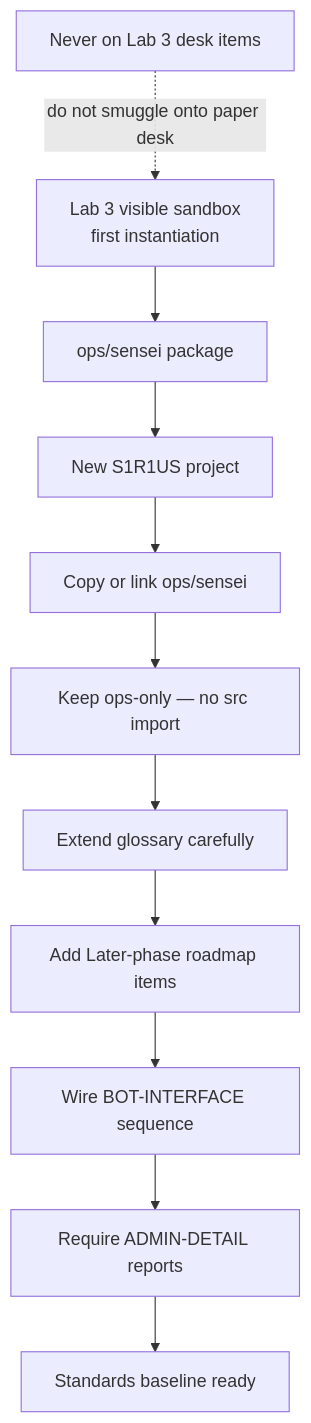
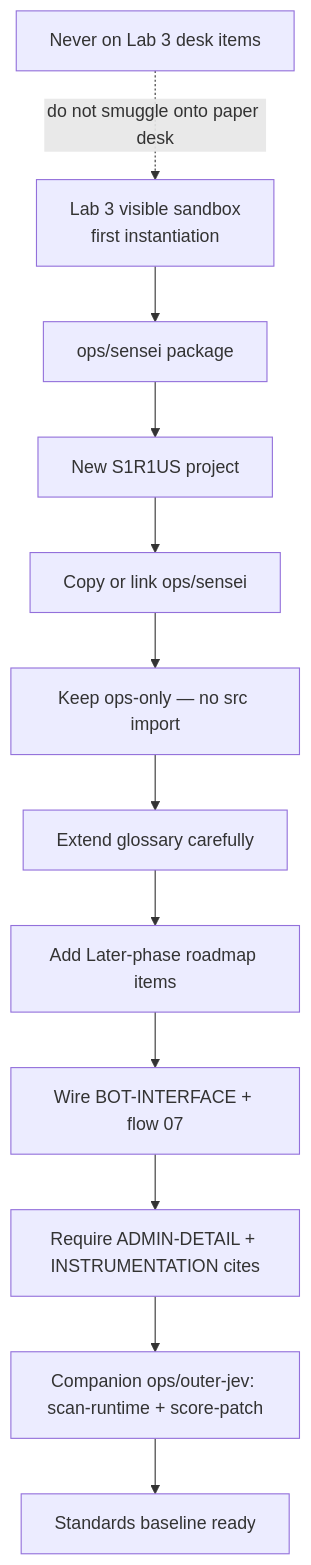
The first of 3 diagrams in ops/sensei/flows/05-sensei-app-baseline.md (S1R1US-AI/lab3-visible-sandbox), drawn with Mermaid before and after one commit. The commit also changed other lines of this file and 16 other files, not shown here.

First line of the commit message:
docs(sensei): Lab 3 bot workflow diagrams, ROADMAP, search schema, instrumentation (#11)

````diff
--- a/ops/sensei/flows/05-sensei-app-baseline.md
+++ b/ops/sensei/flows/05-sensei-app-baseline.md
@@ -5,14 +5,15 @@
 ```mermaid
 flowchart TB
   L3[Lab 3 visible sandbox<br/>first instantiation] --> PKG[ops/sensei package]
   PKG --> NEW[New S1R1US project]
   NEW --> C1[Copy or link ops/sensei]
   C1 --> C2[Keep ops-only — no src import]
   C2 --> C3[Extend glossary carefully]
   C3 --> C4[Add Later-phase roadmap items]
-  C4 --> C5[Wire BOT-INTERFACE sequence]
-  C5 --> C6[Require ADMIN-DETAIL reports]
-  C6 --> READY[Standards baseline ready]
+  C4 --> C5[Wire BOT-INTERFACE + flow 07]
+  C5 --> C6[Require ADMIN-DETAIL + INSTRUMENTATION cites]
+  C6 --> C7[Companion ops/outer-jev: scan-runtime + score-patch]
+  C7 --> READY[Standards baseline ready]
 
   NEVER[Never on Lab 3 desk items] -.->|do not smuggle onto paper desk| L3
 ```
````
